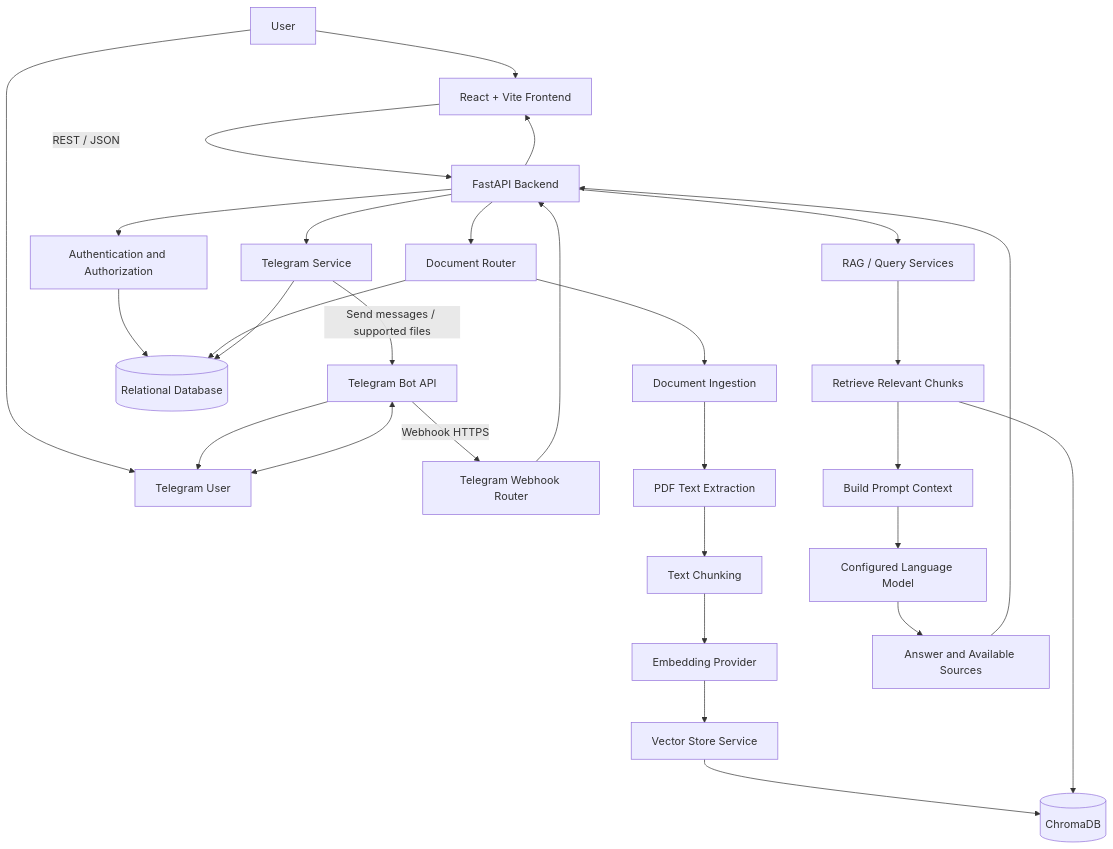
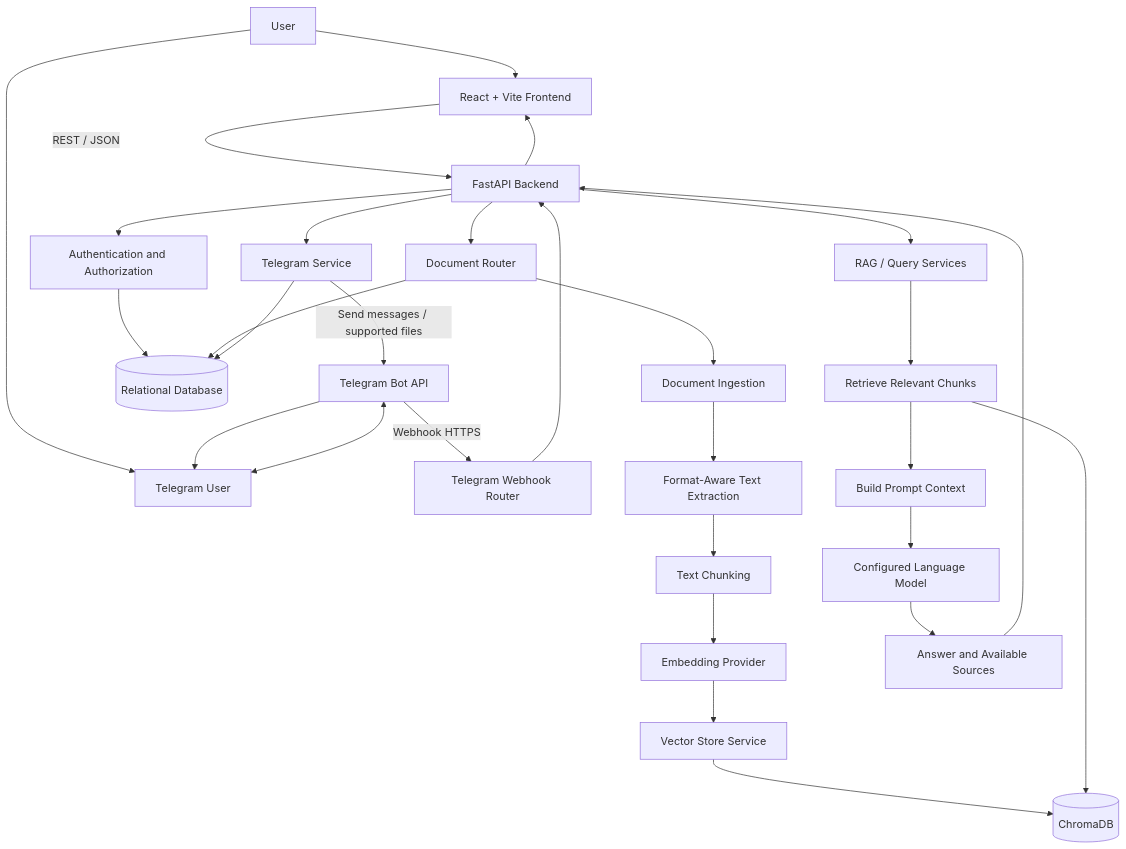
One commit to utkarsh-0106/JANGO-System changed the first of 2 diagrams in README.md. Above: the diagram before and after it, drawn with Mermaid. The commit also changed other lines of this file and 7 other files, not shown here.

````diff
--- a/README.md
+++ b/README.md
@@ -79,37 +79,37 @@
 ```mermaid
 flowchart TD
     USER[User] --> WEB[React + Vite Frontend]
     USER --> TGUSER[Telegram User]
 
     WEB -->|REST / JSON| API[FastAPI Backend]
     TGUSER <--> BOT[Telegram Bot API]
     BOT -->|Webhook HTTPS| TGH[Telegram Webhook Router]
     TGH --> API
 
     API --> AUTH[Authentication and Authorization]
     API --> DOCS[Document Router]
     API --> RAG[RAG / Query Services]
     API --> TGS[Telegram Service]
 
     AUTH --> SQL[(Relational Database)]
     DOCS --> SQL
     TGS --> SQL
 
     DOCS --> INGEST[Document Ingestion]
-    INGEST --> EXTRACT[PDF Text Extraction]
+    INGEST --> EXTRACT[Format-Aware Text Extraction]
     EXTRACT --> CHUNK[Text Chunking]
     CHUNK --> EMBED[Embedding Provider]
     EMBED --> VS[Vector Store Service]
     VS --> CHROMA[(ChromaDB)]
 
     RAG --> RETRIEVE[Retrieve Relevant Chunks]
     RETRIEVE --> CHROMA
     RETRIEVE --> CONTEXT[Build Prompt Context]
     CONTEXT --> LLM[Configured Language Model]
     LLM --> ANSWER[Answer and Available Sources]
 
     ANSWER --> API
     API --> WEB
     TGS -->|Send messages / supported files| BOT
     BOT --> TGUSER
 ```
````
